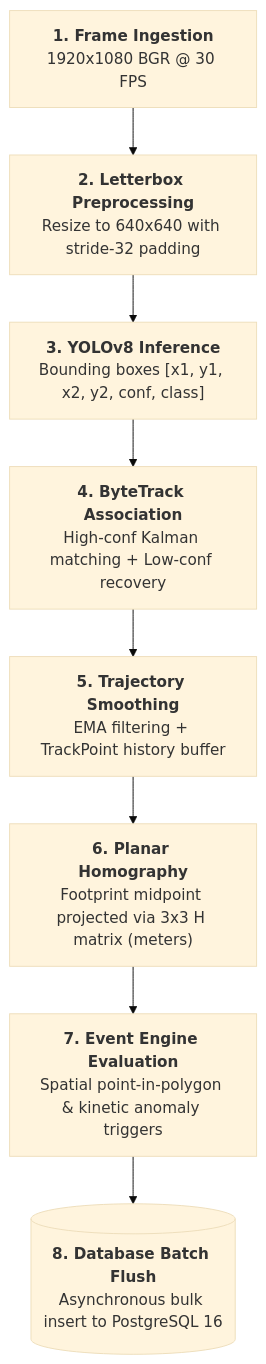
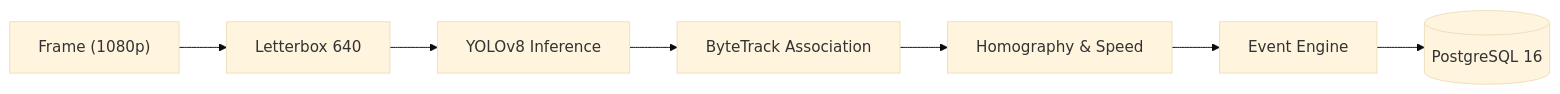
The second of 2 diagrams in README.md (mariiammaysara/Trace), drawn with Mermaid (base theme) before and after one commit. The commit also changed other lines of this file, not shown here.

Commit message:
docs: compact CV pipeline diagram, expand Event Engine readability, and remove all study guide mentions

````diff
--- a/README.md
+++ b/README.md
@@ -117,10 +119,9 @@
 ```mermaid
-flowchart TD
-    A["<b>1. Frame Ingestion</b><br/>1920x1080 BGR @ 30 FPS"] --> B["<b>2. Letterbox Preprocessing</b><br/>Resize to 640x640 with stride-32 padding"]
-    B --> C["<b>3. YOLOv8 Inference</b><br/>Bounding boxes [x1, y1, x2, y2, conf, class]"]
-    C --> D["<b>4. ByteTrack Association</b><br/>High-conf Kalman matching + Low-conf recovery"]
-    D --> E["<b>5. Trajectory Smoothing</b><br/>EMA filtering + TrackPoint history buffer"]
-    E --> F["<b>6. Planar Homography</b><br/>Footprint midpoint projected via 3x3 H matrix (meters)"]
-    F --> G["<b>7. Event Engine Evaluation</b><br/>Spatial point-in-polygon & kinetic anomaly triggers"]
-    G --> H[("<b>8. Database Batch Flush</b><br/>Asynchronous bulk insert to PostgreSQL 16")]
+flowchart LR
+    A["Frame (1080p)"] --> B["Letterbox 640"]
+    B --> C["YOLOv8 Inference"]
+    C --> D["ByteTrack Association"]
+    D --> E["Homography & Speed"]
+    E --> F["Event Engine"]
+    F --> G[("PostgreSQL 16")]
 ```
````
